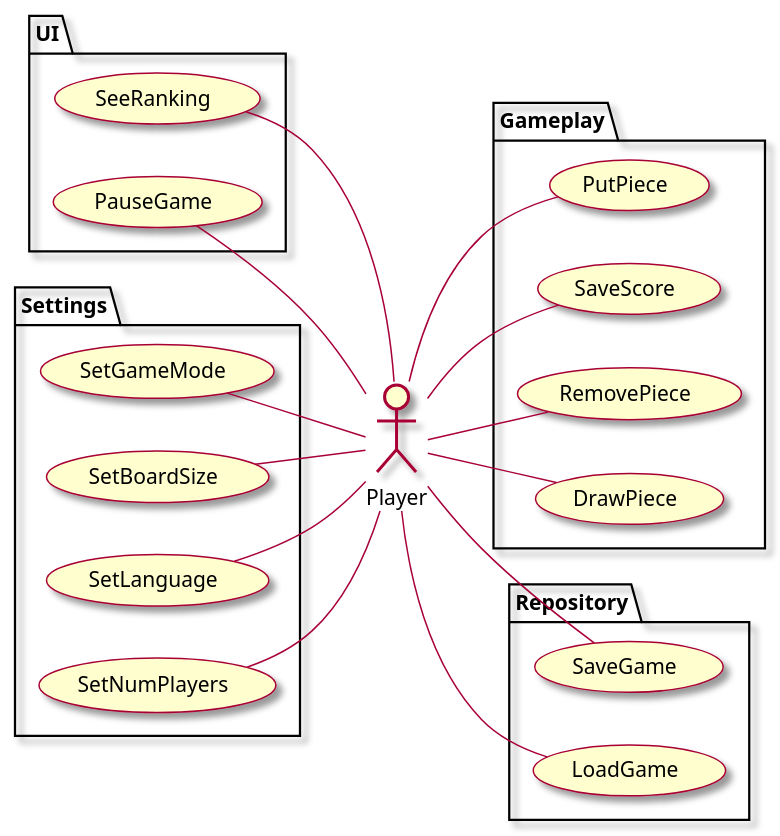
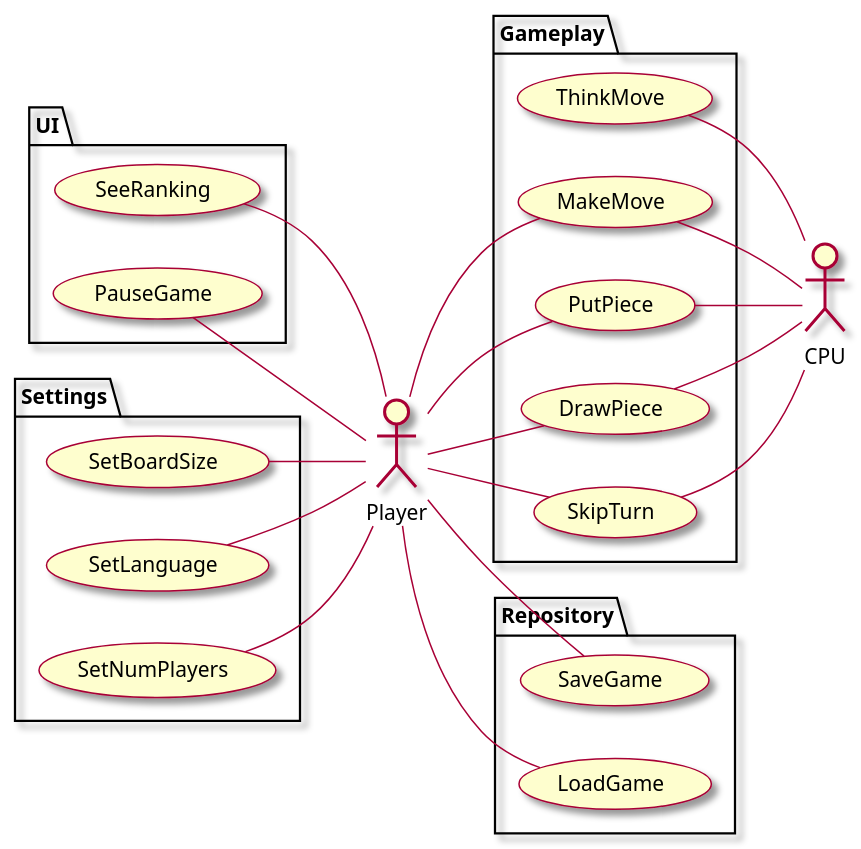
Before and after one commit to GerardGascon/prop-upc-QP2425: the diagram in DOC/diagrams/usecase/usecase.puml, drawn with PlantUML.

Commit message:
docs: updated usecase diagram

```diff
--- a/DOC/diagrams/usecase/usecase.puml
+++ b/DOC/diagrams/usecase/usecase.puml
@@ -1,47 +1,53 @@
 @startuml
 skin rose
 left to right direction
 
 package UI {
 	usecase SeeRanking
 	usecase PauseGame
 }
 
 package Settings {
-	usecase SetGameMode
 	usecase SetBoardSize
 	usecase SetLanguage
 	usecase SetNumPlayers
 }
 
 package Gameplay {
+	usecase ThinkMove
+	usecase MakeMove
 	usecase PutPiece
-	usecase SaveScore
-	usecase RemovePiece
 	usecase DrawPiece
+	usecase SkipTurn
 }
 
 package Repository {
 	usecase SaveGame
 	usecase LoadGame
 }
 
 actor Player
+actor CPU
 
 SeeRanking -- Player
 PauseGame -- Player
 
-SetGameMode -- Player
 SetBoardSize -- Player
 SetLanguage -- Player
 SetNumPlayers -- Player
 
+Player -- MakeMove
 Player -- PutPiece
-Player -- SaveScore
-Player -- RemovePiece
+Player -- SkipTurn
 Player -- DrawPiece
+
+PutPiece -- CPU
+MakeMove -- CPU
+SkipTurn -- CPU
+DrawPiece -- CPU
+ThinkMove -- CPU
 
 Player -- SaveGame
 Player -- LoadGame
 
 @enduml
```
